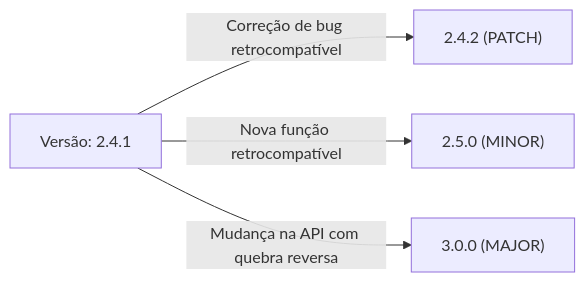
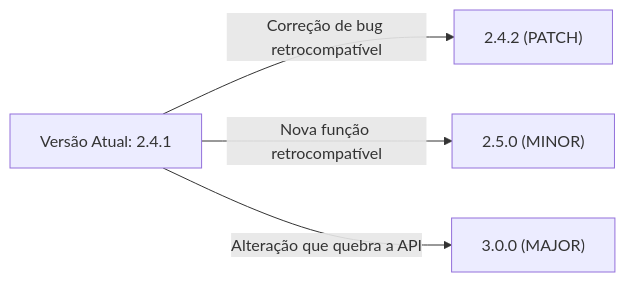
One commit to thiagosantos346/TCE-GO-2027 changed the sixth of 8 diagrams in fontes_de_estudo/conhecimentos_especificos_b02_ti/05_desenvolvimento_de_sistemas/06_git_gerenciamento_de_dependencias_e_empacotamento.md. Above: the diagram before and after it, drawn with Mermaid. The commit also changed other lines of this file and 119 other files, not shown here.

````diff
--- a/fontes_de_estudo/conhecimentos_especificos_b02_ti/05_desenvolvimento_de_sistemas/06_git_gerenciamento_de_dependencias_e_empacotamento.md
+++ b/fontes_de_estudo/conhecimentos_especificos_b02_ti/05_desenvolvimento_de_sistemas/06_git_gerenciamento_de_dependencias_e_empacotamento.md
@@ -138,7 +231,7 @@
 ```mermaid
 flowchart LR
-    V["Versão: 2.4.1"]
+    V["Versão Atual: 2.4.1"]
     V -->|"Correção de bug retrocompatível"| P["2.4.2 (PATCH)"]
     V -->|"Nova função retrocompatível"| M["2.5.0 (MINOR)"]
-    V -->|"Mudança na API com quebra reversa"| MAJ["3.0.0 (MAJOR)"]
+    V -->|"Alteração que quebra a API"| MAJ["3.0.0 (MAJOR)"]
 ```
````
